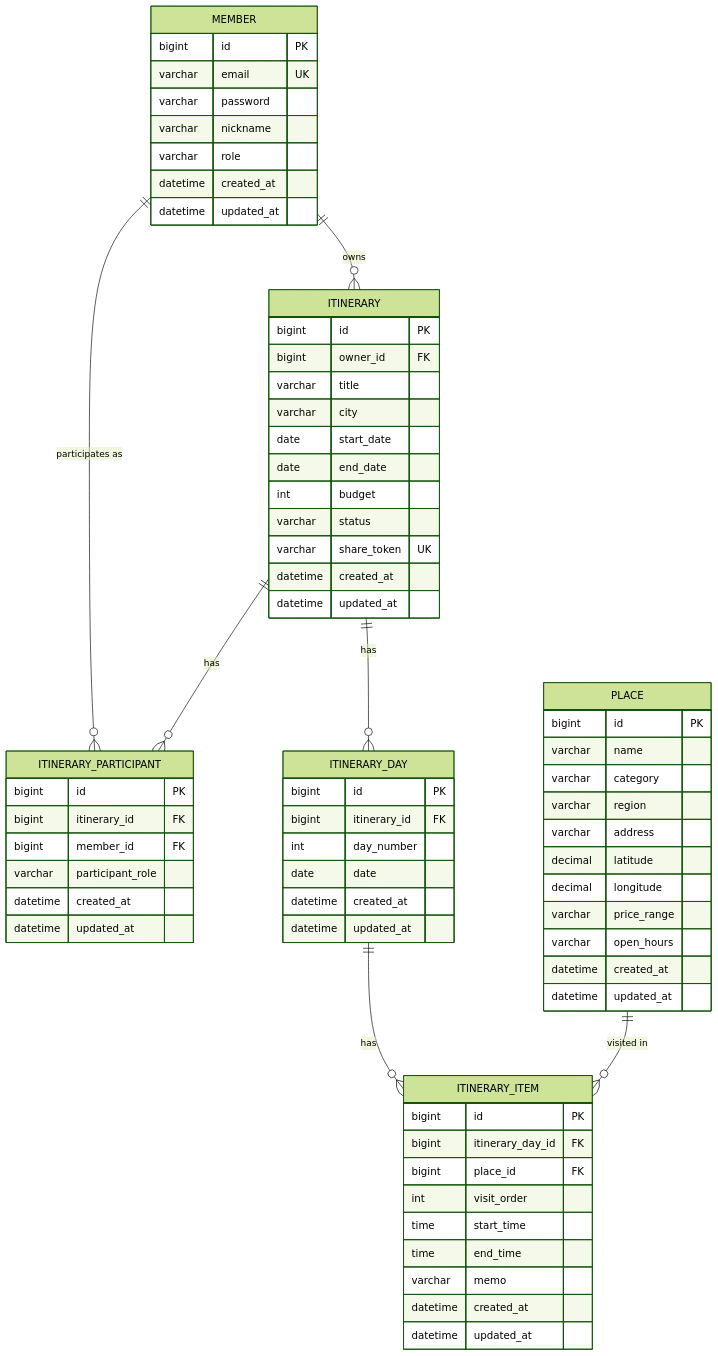
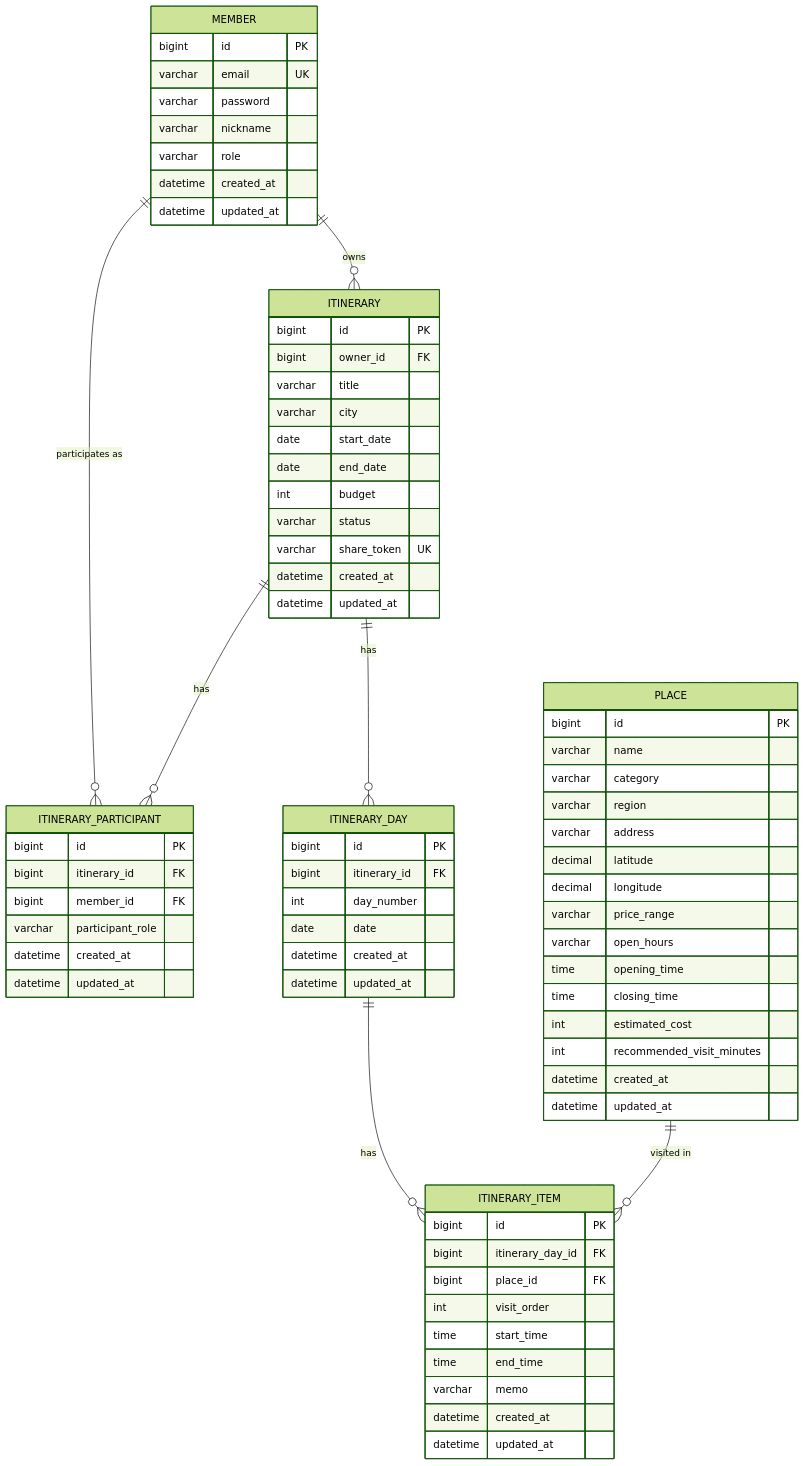
Before and after one commit to springday3355-tech/TravelPlanner: the diagram in docs/architecture/TravelPlanner-ERD.md, drawn with Mermaid (forest theme). The commit also changed other lines of this file and 22 other files, not shown here.

````diff
--- a/docs/architecture/TravelPlanner-ERD.md
+++ b/docs/architecture/TravelPlanner-ERD.md
@@ -7,77 +7,81 @@
 ```mermaid
 erDiagram
     MEMBER ||--o{ ITINERARY : owns
     MEMBER ||--o{ ITINERARY_PARTICIPANT : "participates as"
     ITINERARY ||--o{ ITINERARY_PARTICIPANT : has
     ITINERARY ||--o{ ITINERARY_DAY : has
     ITINERARY_DAY ||--o{ ITINERARY_ITEM : has
     PLACE ||--o{ ITINERARY_ITEM : "visited in"
 
     MEMBER {
         bigint id PK
         varchar email UK
         varchar password
         varchar nickname
         varchar role
         datetime created_at
         datetime updated_at
     }
 
     ITINERARY {
         bigint id PK
         bigint owner_id FK
         varchar title
         varchar city
         date start_date
         date end_date
         int budget
         varchar status
         varchar share_token UK
         datetime created_at
         datetime updated_at
     }
 
     ITINERARY_DAY {
         bigint id PK
         bigint itinerary_id FK
         int day_number
         date date
         datetime created_at
         datetime updated_at
     }
 
     ITINERARY_ITEM {
         bigint id PK
         bigint itinerary_day_id FK
         bigint place_id FK
         int visit_order
         time start_time
         time end_time
         varchar memo
         datetime created_at
         datetime updated_at
     }
 
     ITINERARY_PARTICIPANT {
         bigint id PK
         bigint itinerary_id FK
         bigint member_id FK
         varchar participant_role
         datetime created_at
         datetime updated_at
     }
 
     PLACE {
         bigint id PK
         varchar name
         varchar category
         varchar region
         varchar address
         decimal latitude
         decimal longitude
         varchar price_range
         varchar open_hours
+        time opening_time
+        time closing_time
+        int estimated_cost
+        int recommended_visit_minutes
         datetime created_at
         datetime updated_at
     }
 ```
````
